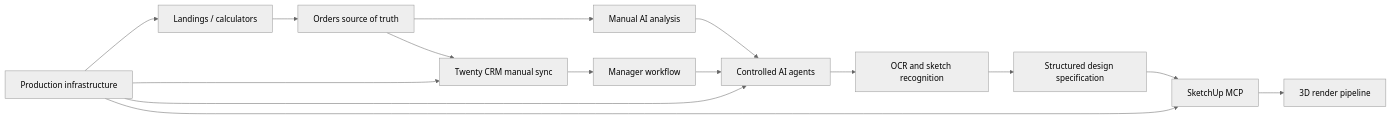
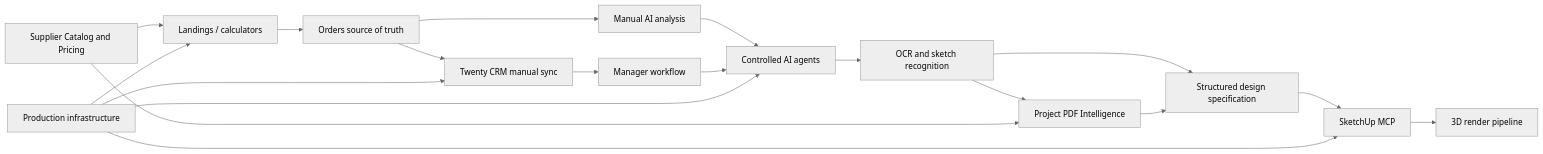
One commit to Murkin1980/furniture-orders-mvp changed the diagram in PROJECT_PROGRESS.md. Above: the diagram before and after it, drawn with Mermaid (neutral theme). The commit also changed other lines of this file and 18 other files, not shown here.

Commit message:
feat: add SketchUp file queue and platform roadmap

````diff
--- a/PROJECT_PROGRESS.md
+++ b/PROJECT_PROGRESS.md
@@ -45,17 +47,21 @@
 ```mermaid
 flowchart LR
     A["Landings / calculators"] --> B["Orders source of truth"]
     B --> C["Twenty CRM manual sync"]
     B --> D["Manual AI analysis"]
     C --> E["Manager workflow"]
     D --> F["Controlled AI agents"]
     E --> F
     F --> G["OCR and sketch recognition"]
     G --> H["Structured design specification"]
     H --> I["SketchUp MCP"]
     I --> J["3D render pipeline"]
+    G --> L["Project PDF Intelligence"]
+    L --> H
+    M["Supplier Catalog and Pricing"] --> A
+    M --> L
     K["Production infrastructure"] --> A
     K --> C
     K --> F
     K --> I
 ```
````
